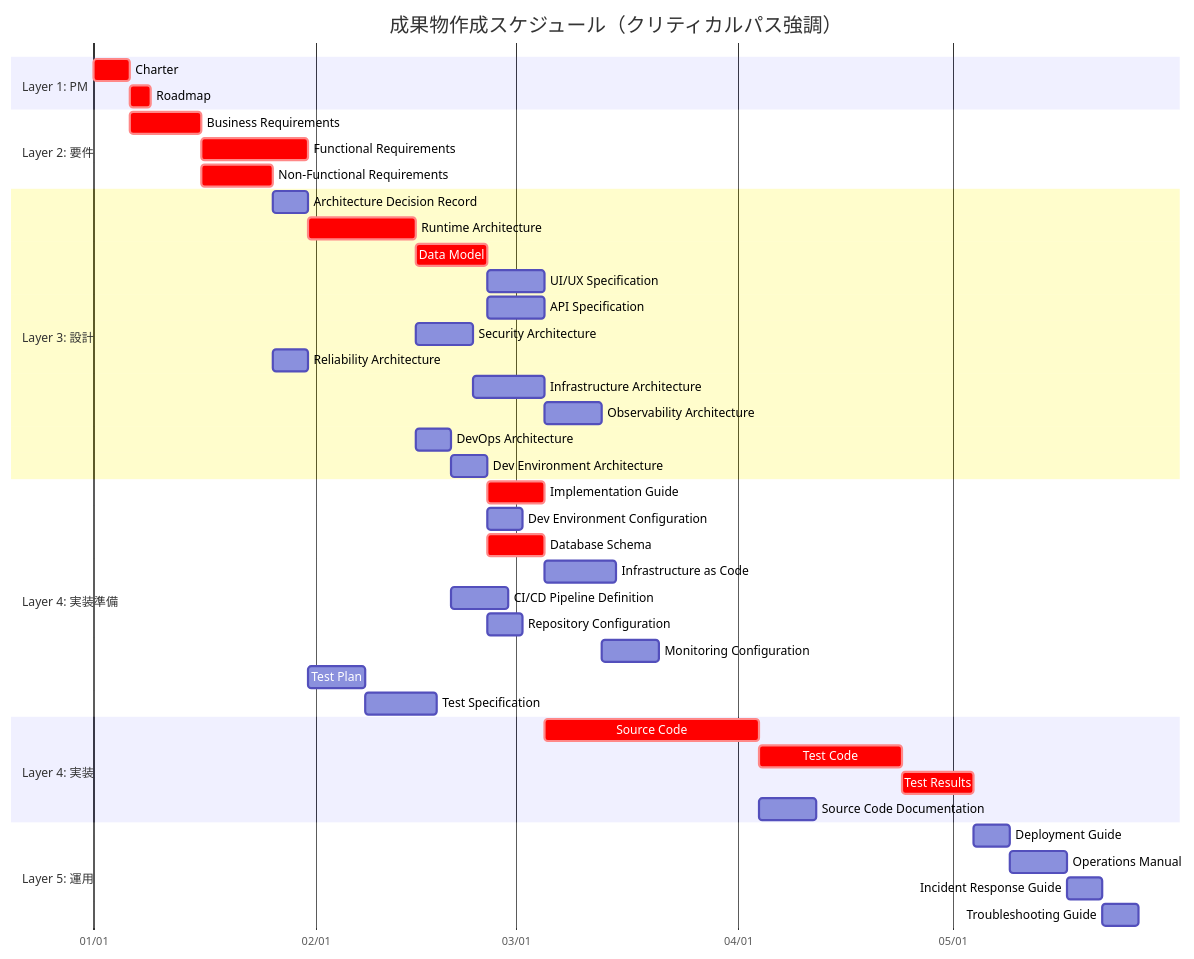
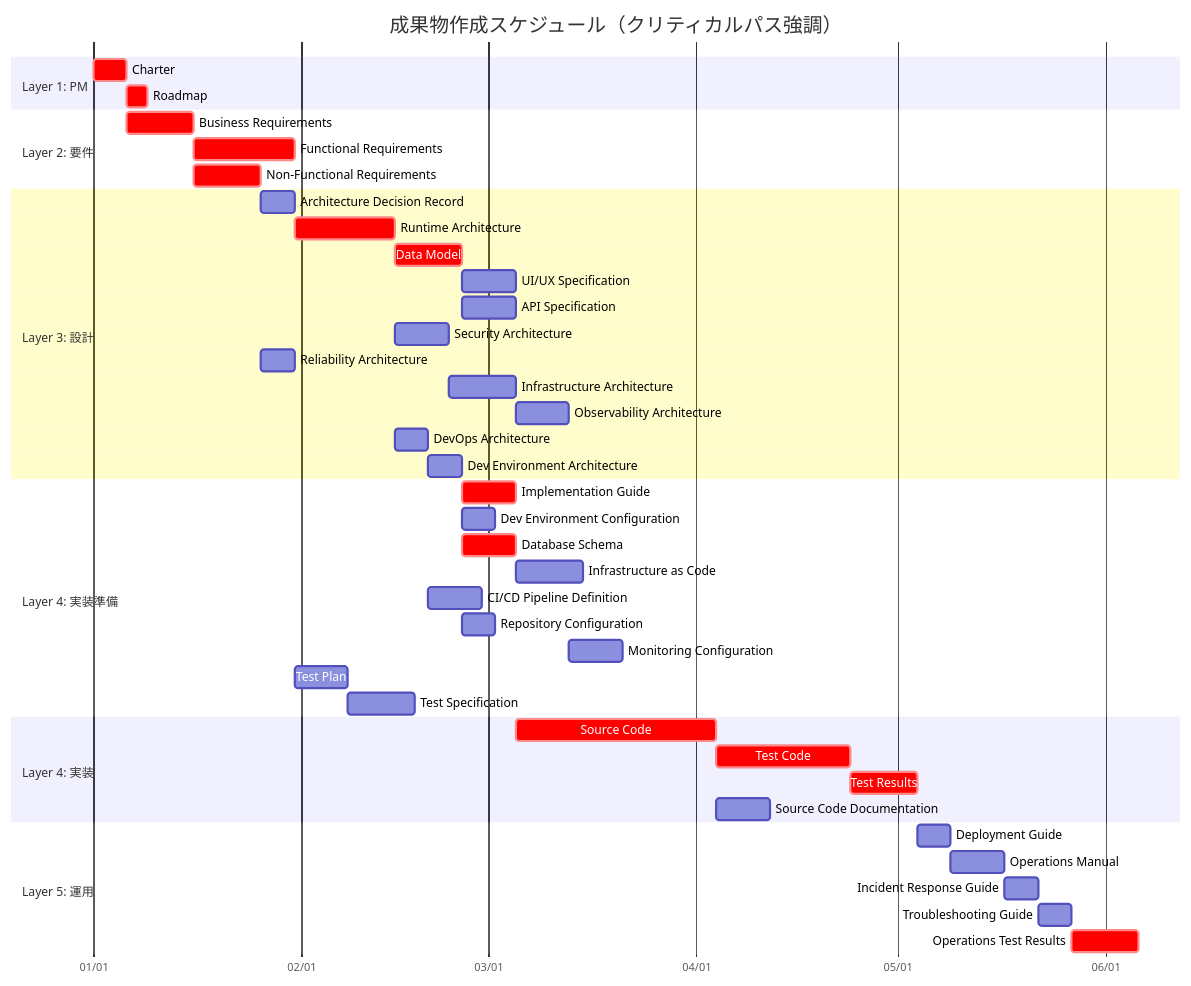
The third of 3 diagrams in specs/artifact-taxonomy.md (mahitotsu/ukiyoue), drawn with Mermaid before and after one commit. The commit also changed other lines of this file, not shown here.

First line of the commit message:
docs: 運用テスト結果（Operations Test Results）を追加してフィードバックループを完結

````diff
--- a/specs/artifact-taxonomy.md
+++ b/specs/artifact-taxonomy.md
@@ -959,51 +990,52 @@
 ```mermaid
 gantt
     title 成果物作成スケジュール（クリティカルパス強調）
     dateFormat YYYY-MM-DD
     axisFormat %m/%d
 
     section Layer 1: PM
     Charter                       :crit, charter, 2025-01-01, 5d
     Roadmap                       :crit, roadmap, after charter, 3d
 
     section Layer 2: 要件
     Business Requirements         :crit, biz, after charter, 10d
     Functional Requirements       :crit, func, after biz, 15d
     Non-Functional Requirements   :crit, nonfunc, after biz, 10d
 
     section Layer 3: 設計
     Architecture Decision Record  :adr, after nonfunc, 5d
     Runtime Architecture          :crit, runtime, after nonfunc adr, 15d
     Data Model                    :crit, datamodel, after func runtime, 10d
     UI/UX Specification           :ui, after func datamodel, 8d
     API Specification             :api, after runtime datamodel, 8d
     Security Architecture         :security, after nonfunc runtime, 8d
     Reliability Architecture      :reliability, after nonfunc, 5d
     Infrastructure Architecture   :infra, after reliability runtime security, 10d
     Observability Architecture    :observ, after runtime infra reliability, 8d
     DevOps Architecture           :devops, after runtime, 5d
     Dev Environment Architecture  :devenv, after runtime devops, 5d
 
     section Layer 4: 実装準備
     Implementation Guide          :crit, implguide, after runtime security devenv devops, 8d
     Dev Environment Configuration :devenvconf, after devenv, 5d
     Database Schema               :crit, dbschema, after datamodel, 8d
     Infrastructure as Code        :iac, after infra, 10d
     CI/CD Pipeline Definition     :pipeline, after devops, 8d
     Repository Configuration      :repo, after devops devenv, 5d
     Monitoring Configuration      :monitoring, after observ, 8d
     Test Plan                     :testplan, after func nonfunc, 8d
     Test Specification            :testspec, after testplan func, 10d
 
     section Layer 4: 実装
     Source Code                   :crit, code, after func implguide ui api dbschema repo devenvconf, 30d
     Test Code                     :crit, testcode, after testspec code, 20d
     Test Results                  :crit, testresult, after testcode, 10d
     Source Code Documentation     :codedoc, after code, 8d
 
     section Layer 5: 運用
     Deployment Guide              :deploy, after iac pipeline testresult, 5d
     Operations Manual             :manual, after deploy monitoring testresult, 8d
     Incident Response Guide       :incident, after observ manual, 5d
     Troubleshooting Guide         :trouble, after codedoc incident, 5d
+    Operations Test Results       :crit, opstest, after deploy manual incident trouble testspec, 10d
 ```
````
